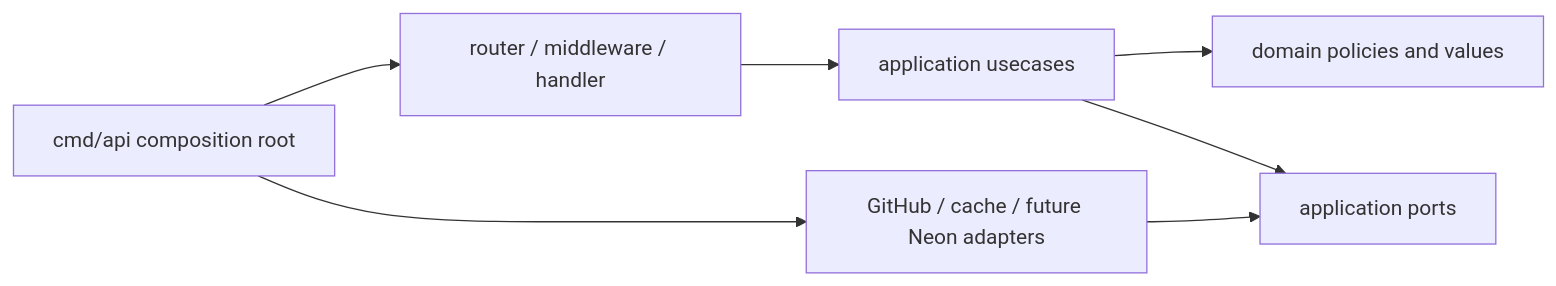
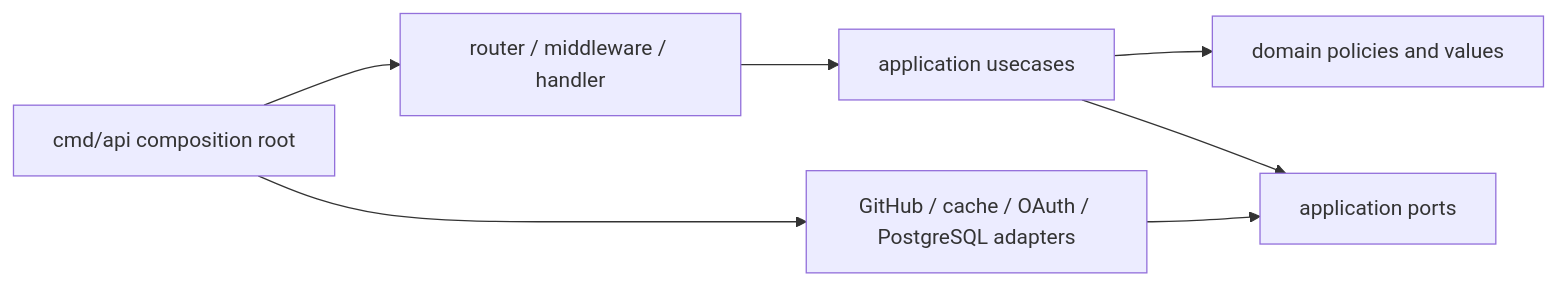
The second of 4 diagrams in docs/architecture.md (tensho1026/github-issue-search), drawn with Mermaid before and after one commit. The commit also changed other lines of this file and 51 other files, not shown here.

First line of the commit message:
feat(auth): add secure optional GitHub OAuth sessions (#57)

````diff
--- a/docs/architecture.md
+++ b/docs/architecture.md
@@ -31,9 +40,9 @@
 ```mermaid
 flowchart LR
     Transport["router / middleware / handler"] --> Usecase["application usecases"]
     Usecase --> Domain["domain policies and values"]
     Usecase --> Ports["application ports"]
-    Adapters["GitHub / cache / future Neon adapters"] --> Ports
+    Adapters["GitHub / cache / OAuth / PostgreSQL adapters"] --> Ports
     Composition["cmd/api composition root"] --> Transport
     Composition --> Adapters
 ```
````
